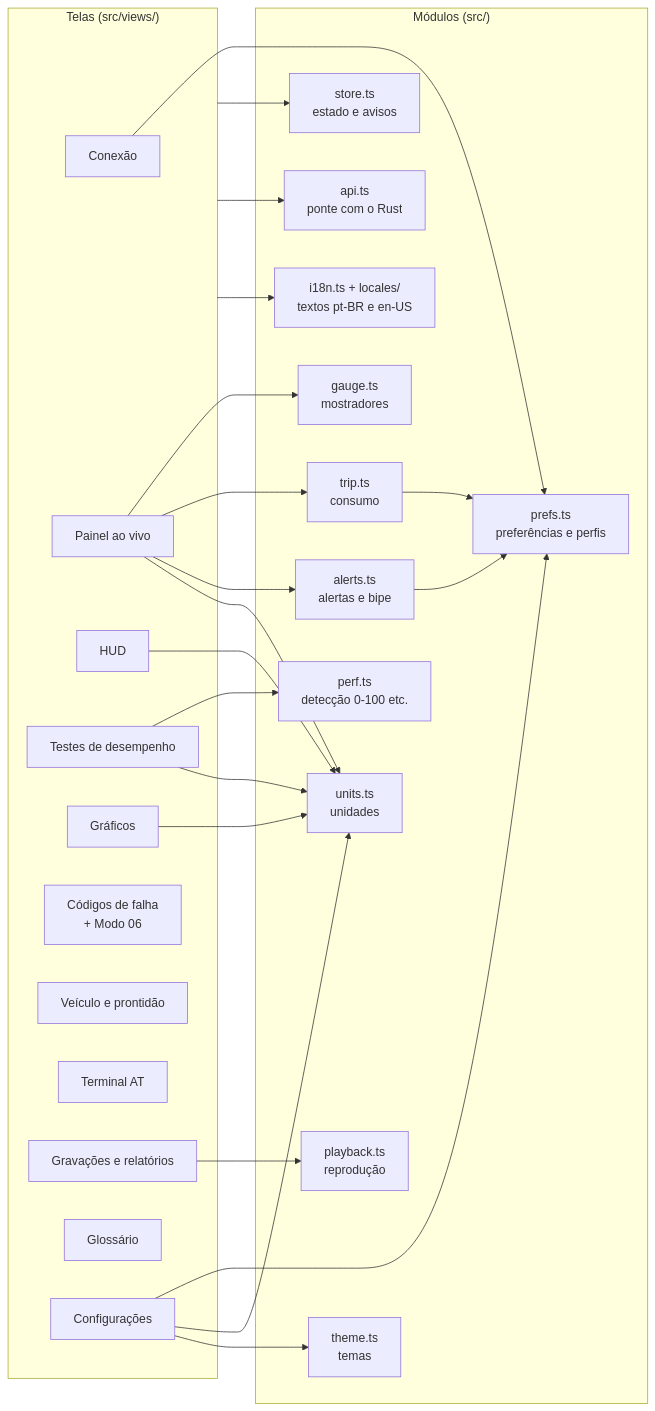
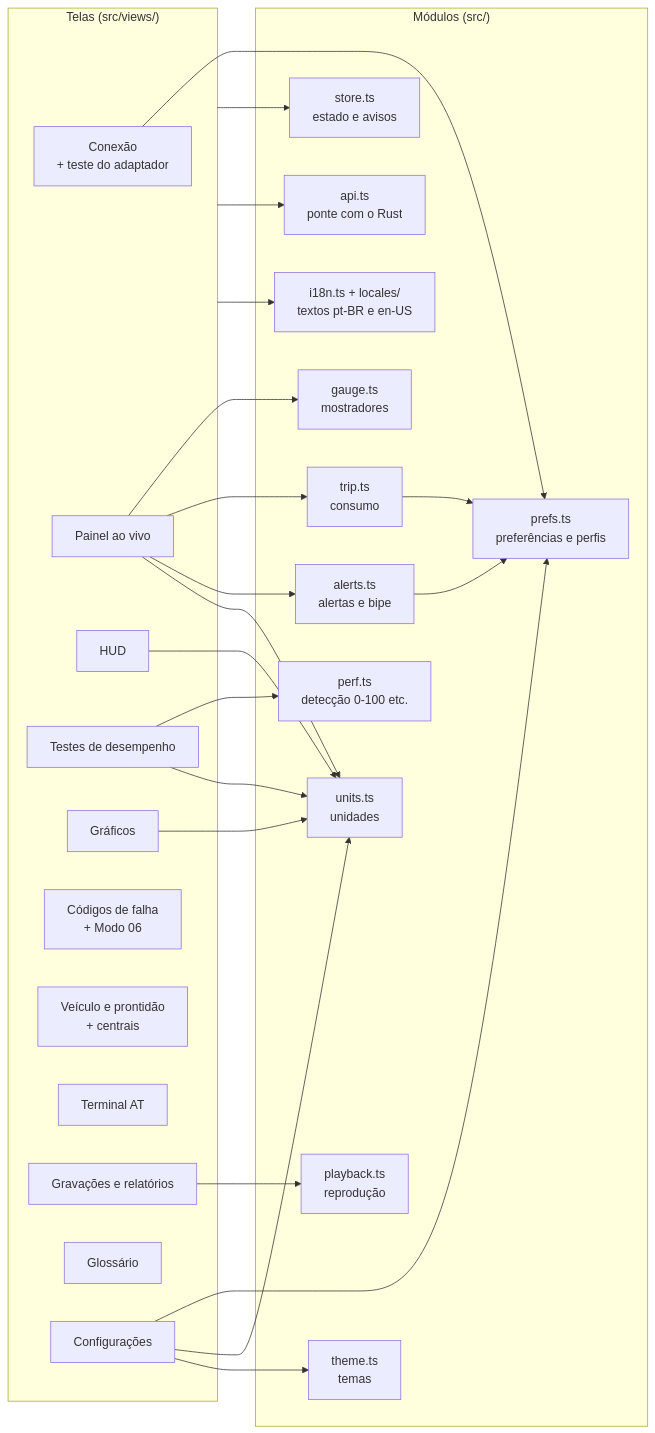
The seventh of 10 diagrams in docs/DIAGRAMAS.md (samuvieceli/obd2-scanner), drawn with Mermaid before and after one commit. The commit also changed other lines of this file and 18 other files, not shown here.

````diff
--- a/docs/DIAGRAMAS.md
+++ b/docs/DIAGRAMAS.md
@@ -161,39 +180,39 @@
 ```mermaid
 flowchart LR
     subgraph telas["Telas (src/views/)"]
-        connection["Conexão"]
+        connection["Conexão<br/>+ teste do adaptador"]
         dashboard["Painel ao vivo"]
         hud["HUD"]
         performance["Testes de desempenho"]
         charts["Gráficos"]
         diagnostics["Códigos de falha<br/>+ Modo 06"]
-        vehicle["Veículo e prontidão"]
+        vehicle["Veículo e prontidão<br/>+ centrais"]
         terminal["Terminal AT"]
         sessions["Gravações e relatórios"]
         glossary["Glossário"]
         settings["Configurações"]
     end
     subgraph modulos["Módulos (src/)"]
         store["store.ts<br/>estado e avisos"]
         api["api.ts<br/>ponte com o Rust"]
         trip["trip.ts<br/>consumo"]
         perf["perf.ts<br/>detecção 0-100 etc."]
         alerts["alerts.ts<br/>alertas e bipe"]
         playback["playback.ts<br/>reprodução"]
         prefs["prefs.ts<br/>preferências e perfis"]
         units["units.ts<br/>unidades"]
         gauge["gauge.ts<br/>mostradores"]
         theme["theme.ts<br/>temas"]
         i18n["i18n.ts + locales/<br/>textos pt-BR e en-US"]
     end
     dashboard --> gauge & trip & alerts
     performance --> perf
     sessions --> playback
     settings --> prefs & units & theme
     connection --> prefs
     dashboard & hud & charts & performance --> units
     telas --> store
     telas --> api
     telas --> i18n
     trip & alerts --> prefs
 ```
````
